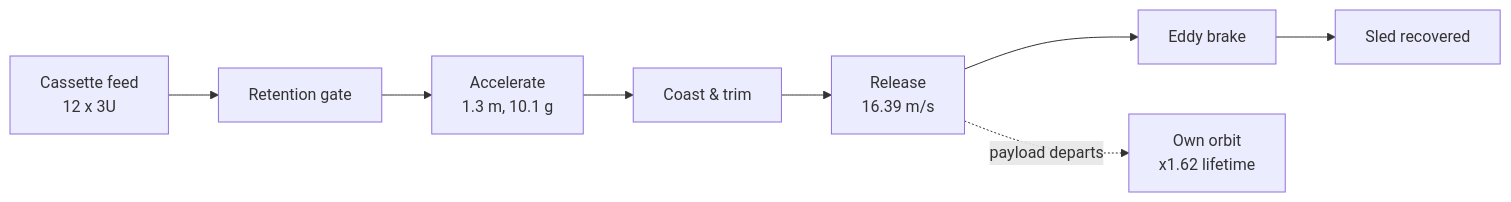
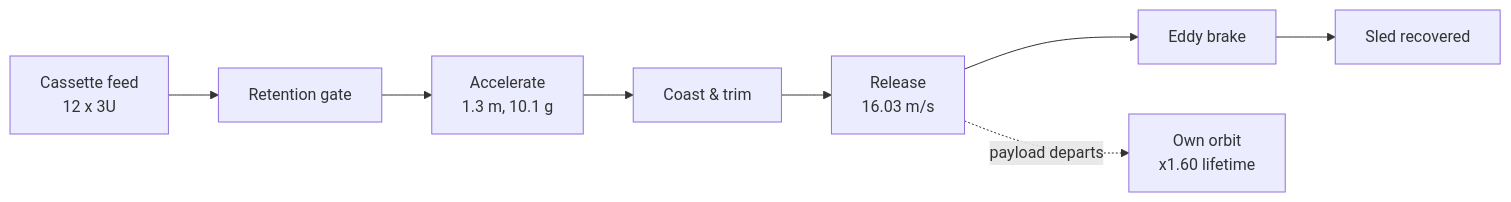
One commit to aaaaaaaaaaaavm/VOLLEY changed the first of 3 diagrams in wiki/Home.md. Above: the diagram before and after it, drawn with Mermaid. The commit also changed other lines of this file and 56 other files, not shown here.

````diff
--- a/wiki/Home.md
+++ b/wiki/Home.md
@@ -59,10 +59,10 @@
 ```mermaid
 flowchart LR
     A["Cassette feed<br/>12 x 3U"] --> B["Retention gate"]
     B --> C["Accelerate<br/>1.3 m, 10.1 g"]
     C --> D["Coast &amp; trim"]
-    D --> E["Release<br/>16.39 m/s"]
+    D --> E["Release<br/>16.03 m/s"]
     E --> F["Eddy brake"]
     F --> G["Sled recovered"]
-    E -.->|"payload departs"| H["Own orbit<br/>x1.62 lifetime"]
+    E -.->|"payload departs"| H["Own orbit<br/>x1.60 lifetime"]
 ```
````
